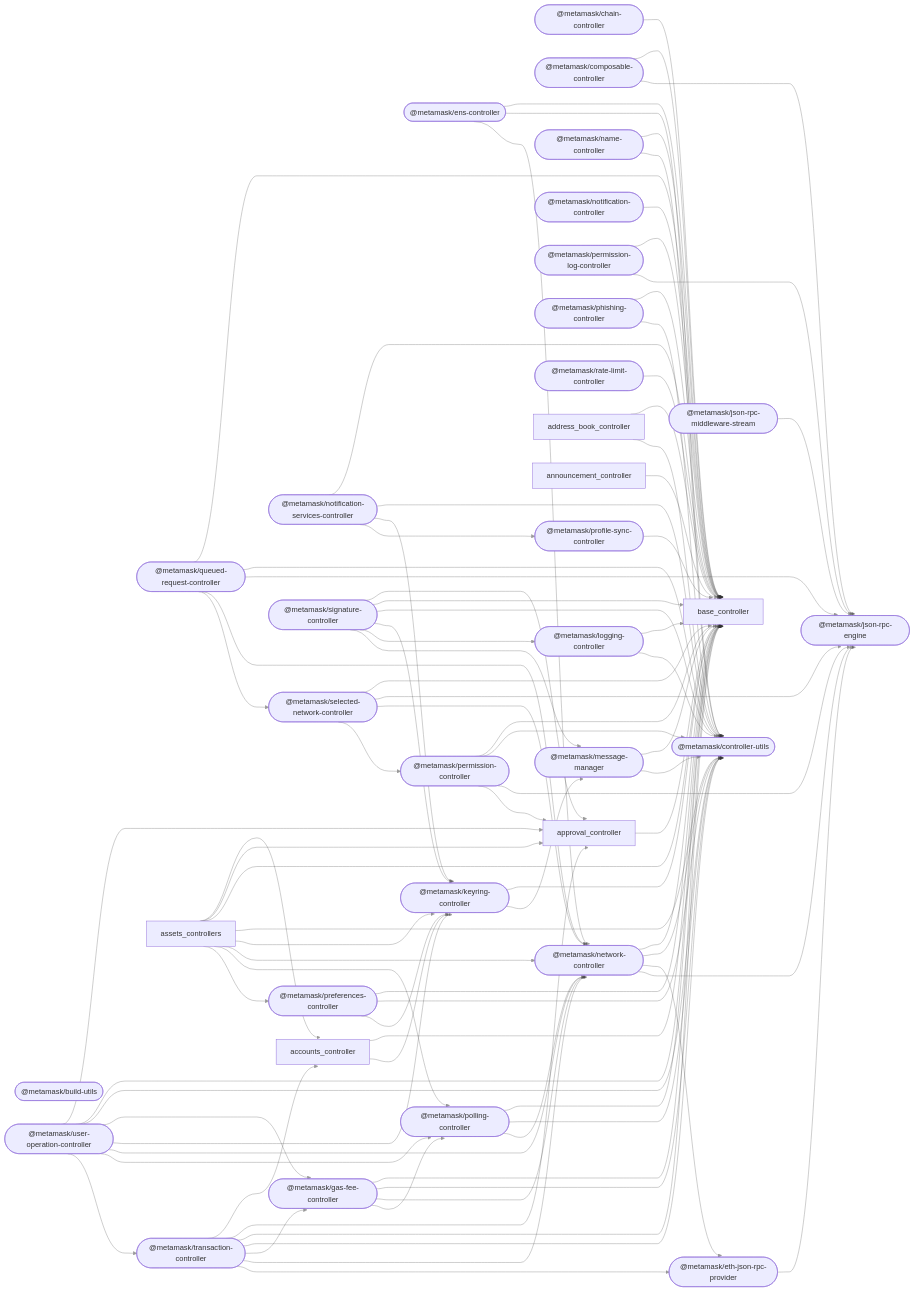
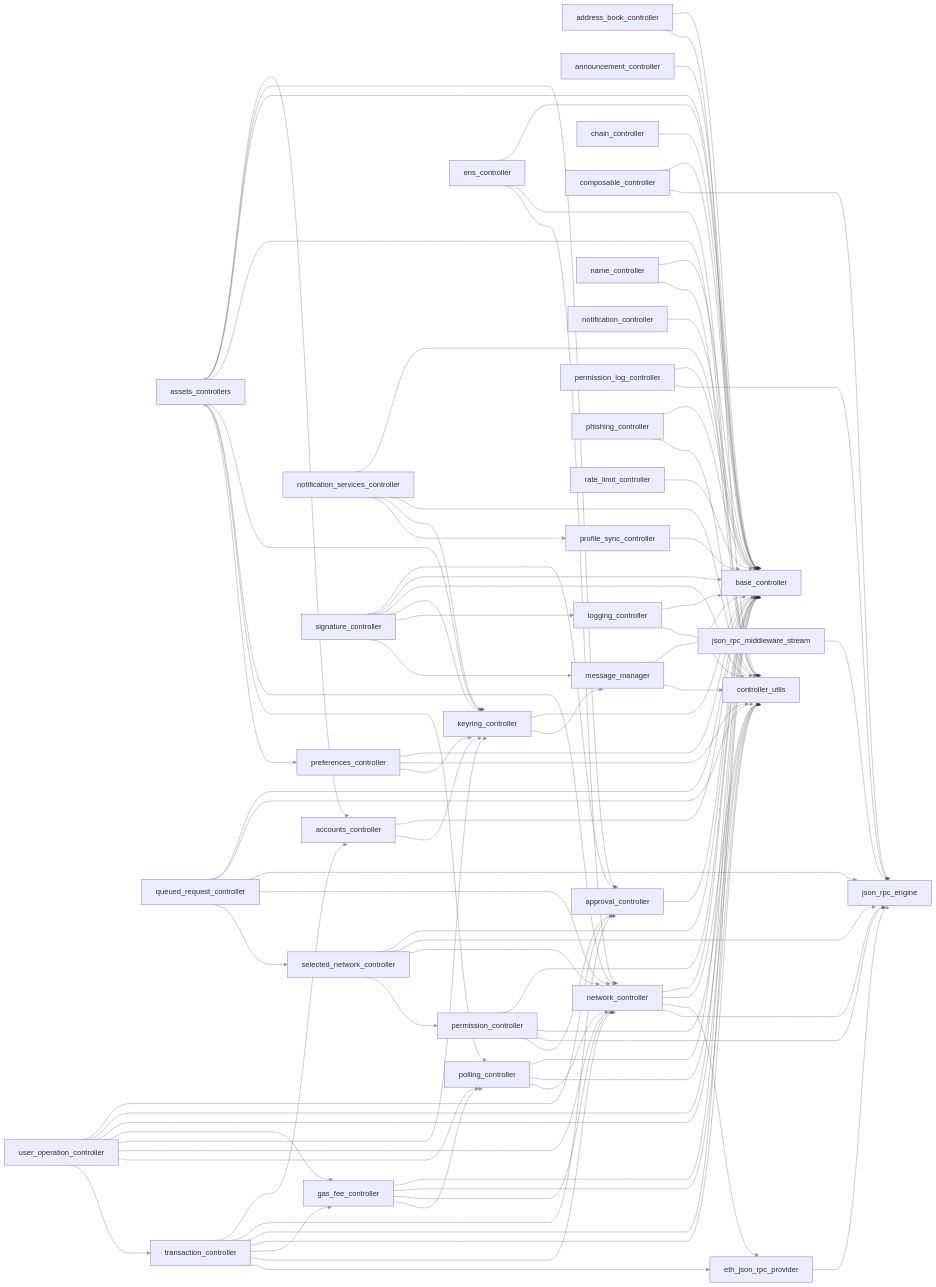
Before and after one commit to MetaMask/metamask-monorepo-template: the diagram in README.md, drawn with Mermaid. The commit also changed other lines of this file and 2 other files, not shown here.

Commit message:
chore: removing more instances to controllers

```diff
--- a/README.md
+++ b/README.md
@@ -53,34 +25,6 @@
 %%{ init: { 'flowchart': { 'curve': 'bumpX' } } }%%
 graph LR;
 linkStyle default opacity:0.5
-  build_utils(["@metamask/build-utils"]);
-  chain_controller(["@metamask/chain-controller"]);
-  composable_controller(["@metamask/composable-controller"]);
-  controller_utils(["@metamask/controller-utils"]);
-  ens_controller(["@metamask/ens-controller"]);
-  eth_json_rpc_provider(["@metamask/eth-json-rpc-provider"]);
-  gas_fee_controller(["@metamask/gas-fee-controller"]);
-  json_rpc_engine(["@metamask/json-rpc-engine"]);
-  json_rpc_middleware_stream(["@metamask/json-rpc-middleware-stream"]);
-  keyring_controller(["@metamask/keyring-controller"]);
-  logging_controller(["@metamask/logging-controller"]);
-  message_manager(["@metamask/message-manager"]);
-  name_controller(["@metamask/name-controller"]);
-  network_controller(["@metamask/network-controller"]);
-  notification_controller(["@metamask/notification-controller"]);
-  notification_services_controller(["@metamask/notification-services-controller"]);
-  permission_controller(["@metamask/permission-controller"]);
-  permission_log_controller(["@metamask/permission-log-controller"]);
-  phishing_controller(["@metamask/phishing-controller"]);
-  polling_controller(["@metamask/polling-controller"]);
-  preferences_controller(["@metamask/preferences-controller"]);
-  profile_sync_controller(["@metamask/profile-sync-controller"]);
-  queued_request_controller(["@metamask/queued-request-controller"]);
-  rate_limit_controller(["@metamask/rate-limit-controller"]);
-  selected_network_controller(["@metamask/selected-network-controller"]);
-  signature_controller(["@metamask/signature-controller"]);
-  transaction_controller(["@metamask/transaction-controller"]);
-  user_operation_controller(["@metamask/user-operation-controller"]);
   accounts_controller --> base_controller;
   accounts_controller --> keyring_controller;
   address_book_controller --> base_controller;
```
